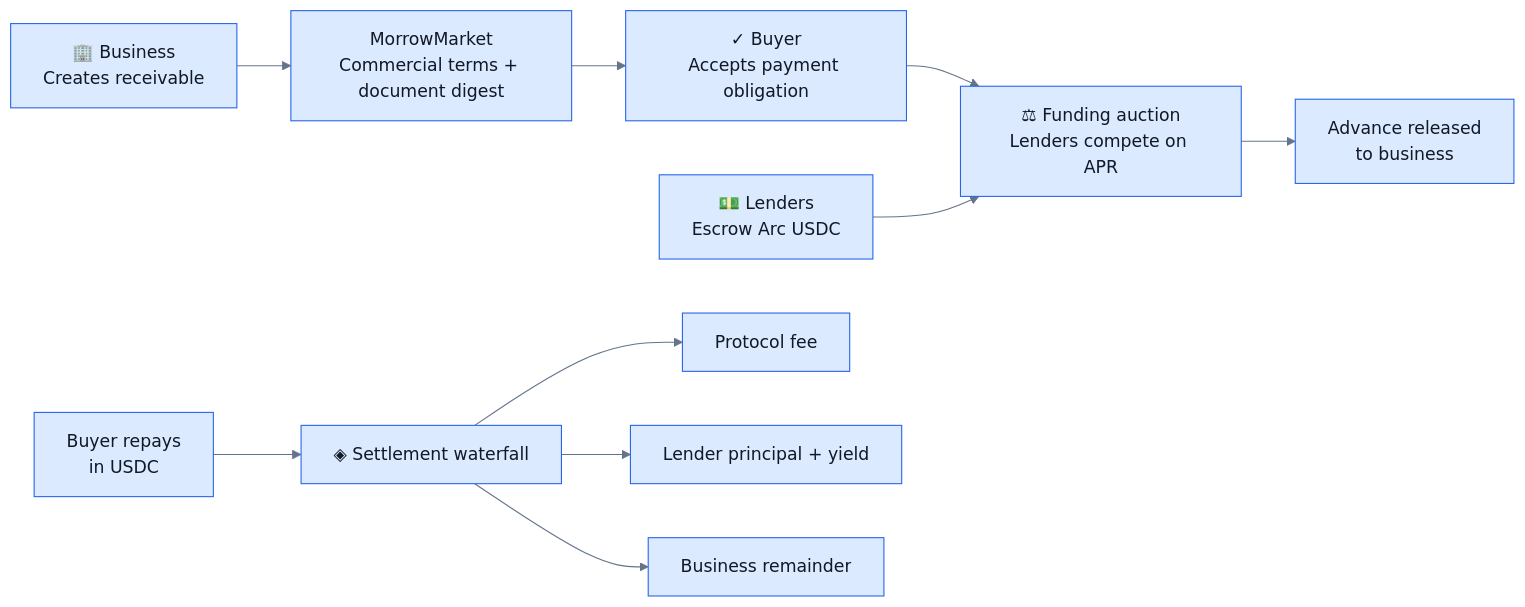
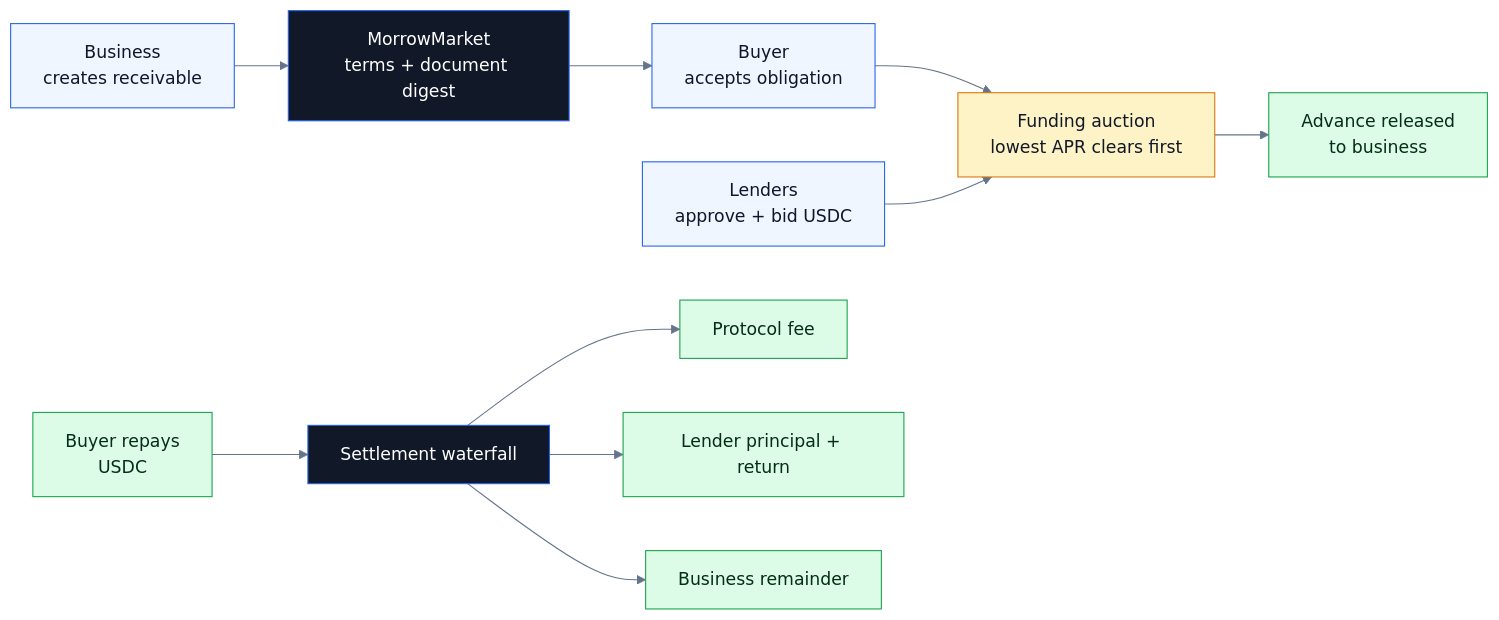
One commit to NikhilRaikwar/Morrow changed the first of 2 diagrams in README.md. Above: the diagram before and after it, drawn with Mermaid. The commit also changed other lines of this file and 12 other files, not shown here.

````diff
--- a/README.md
+++ b/README.md
@@ -37,13 +39,18 @@
 ```mermaid
-%%{init: {'theme':'base','themeVariables': {'primaryColor':'#dbeafe','primaryTextColor':'#111827','primaryBorderColor':'#2563eb','lineColor':'#64748b','secondaryColor':'#dcfce7','tertiaryColor':'#fef3c7'}}}%%
+%%{init: {"theme":"base","themeVariables":{"primaryColor":"#dbeafe","primaryTextColor":"#0f172a","primaryBorderColor":"#2563eb","secondaryColor":"#dcfce7","tertiaryColor":"#fef3c7","lineColor":"#64748b","fontFamily":"Inter, Arial"}}}%%
 flowchart LR
-  B["🏢 Business<br/>Creates receivable"] --> R["MorrowMarket<br/>Commercial terms + document digest"]
-  R --> Y["✓ Buyer<br/>Accepts payment obligation"]
-  Y --> A["⚖ Funding auction<br/>Lenders compete on APR"]
-  L["💵 Lenders<br/>Escrow Arc USDC"] --> A
-  A --> F["Advance released<br/>to business"]
-  P["Buyer repays<br/>in USDC"] --> W["◈ Settlement waterfall"]
-  W --> Fee["Protocol fee"]
-  W --> Claims["Lender principal + yield"]
-  W --> Seller["Business remainder"]
+  business["Business<br/>creates receivable"]:::actor --> contract["MorrowMarket<br/>terms + document digest"]:::contract
+  contract --> buyer["Buyer<br/>accepts obligation"]:::actor
+  buyer --> auction["Funding auction<br/>lowest APR clears first"]:::auction
+  lenders["Lenders<br/>approve + bid USDC"]:::actor --> auction
+  auction --> advance["Advance released<br/>to business"]:::money
+  repayment["Buyer repays<br/>USDC"]:::money --> waterfall["Settlement waterfall"]:::contract
+  waterfall --> fee["Protocol fee"]:::money
+  waterfall --> claims["Lender principal + return"]:::money
+  waterfall --> remainder["Business remainder"]:::money
+
+  classDef actor fill:#eff6ff,stroke:#2563eb,color:#0f172a;
+  classDef contract fill:#111827,stroke:#2563eb,color:#ffffff;
+  classDef auction fill:#fef3c7,stroke:#d97706,color:#111827;
+  classDef money fill:#dcfce7,stroke:#16a34a,color:#052e16;
 ```
````
